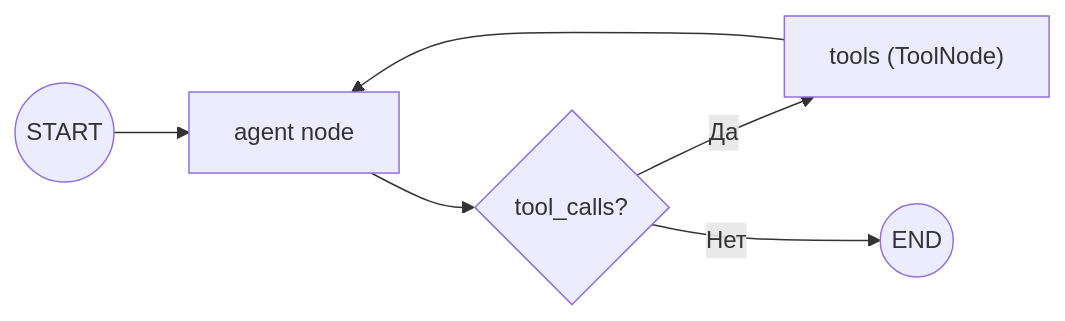
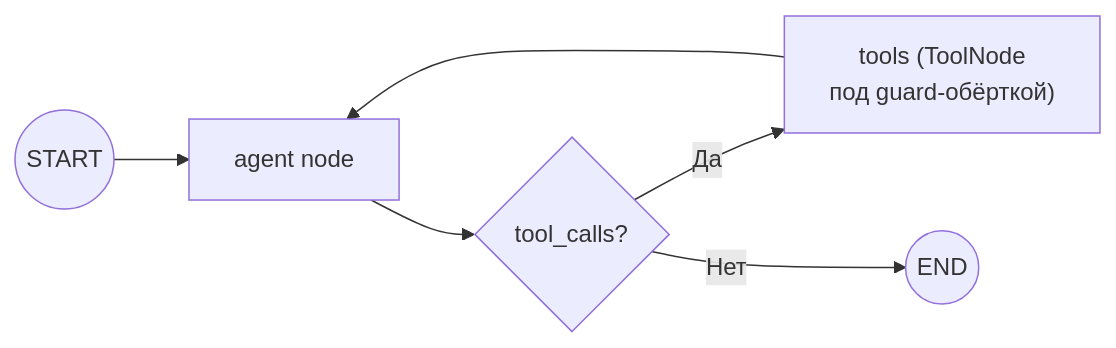
One commit to Bbar0n234/learnflow-ai changed the second of 5 diagrams in doc/tech/agent-runtime.md. Above: the diagram before and after it, drawn with Mermaid. The commit also changed other lines of this file and 12 other files, not shown here.

````diff
--- a/doc/tech/agent-runtime.md
+++ b/doc/tech/agent-runtime.md
@@ -59,8 +59,8 @@
 ```mermaid
 graph LR
     START(("START")) --> AGENT["agent node"]
     AGENT --> COND{tool_calls?}
-    COND -->|Да| TOOLS["tools (ToolNode)"]
+    COND -->|Да| TOOLS["tools (ToolNode<br>под guard-обёрткой)"]
     TOOLS --> AGENT
     COND -->|Нет| END_(("END"))
 ```
````
